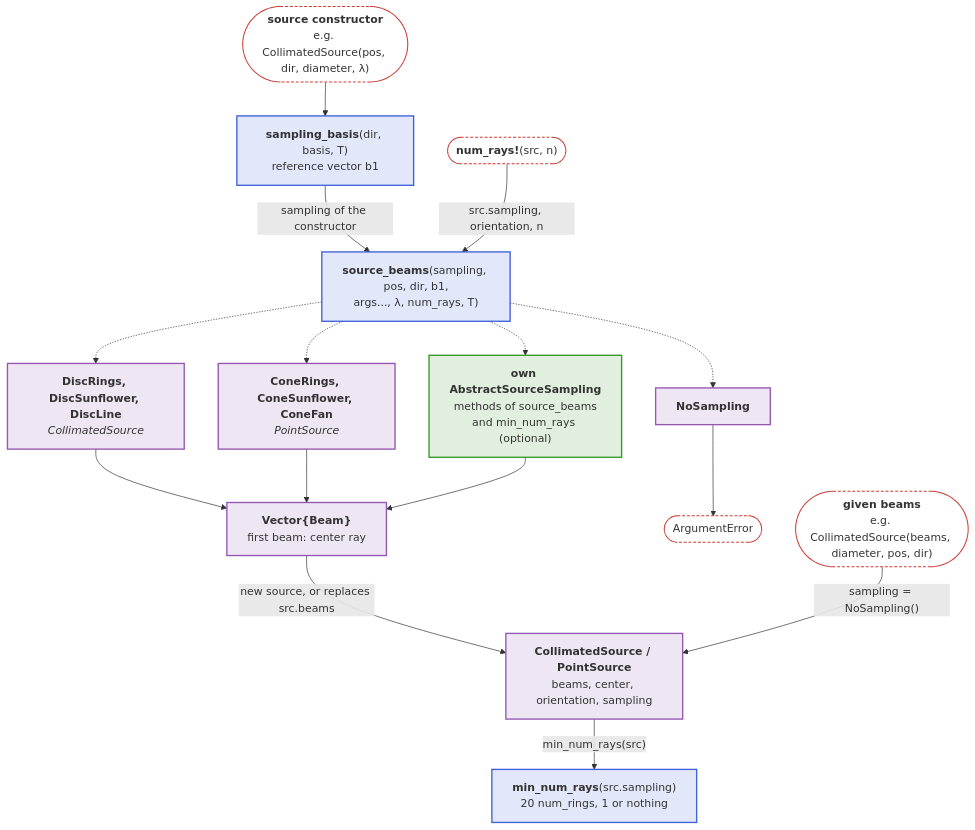
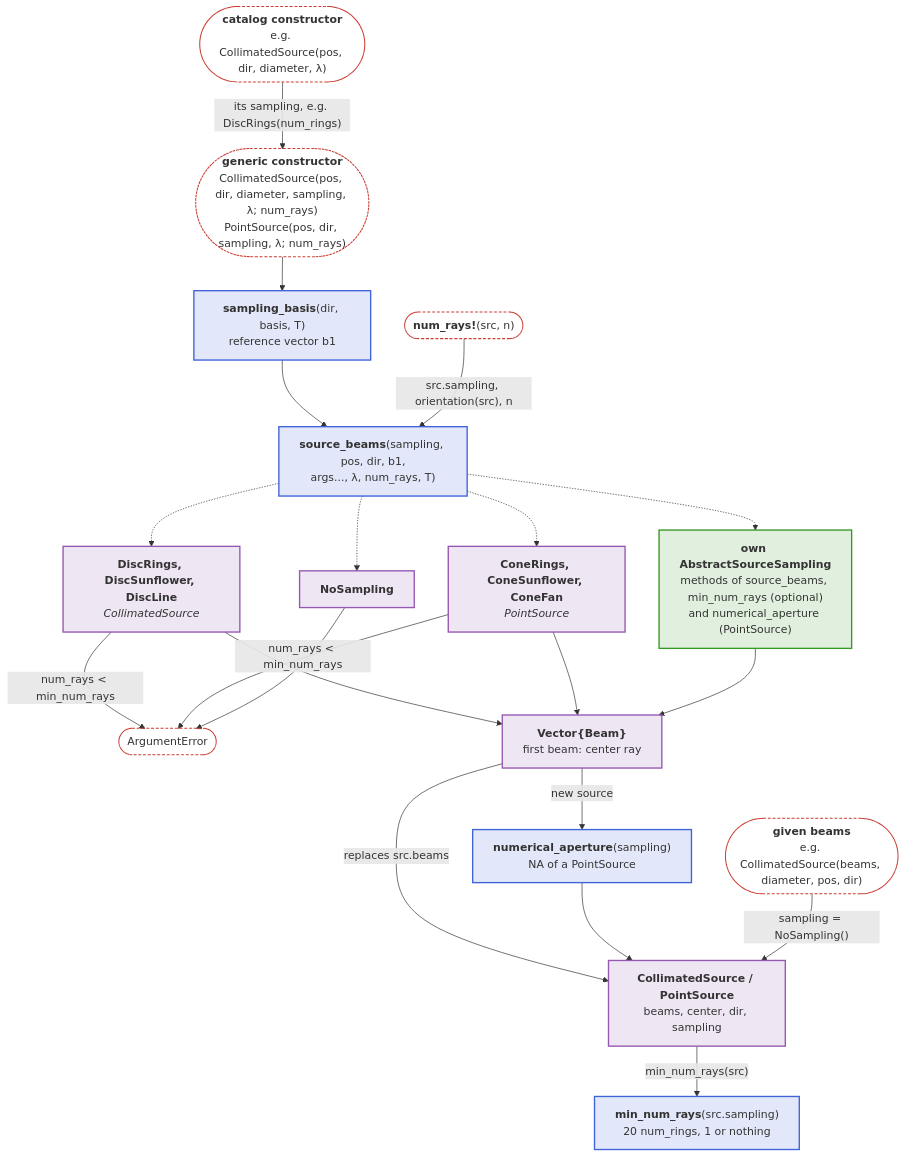
The first of 2 diagrams in docs/src/basics/beams/beam_groups.md (JuliaPhysics/BeamletOptics.jl), drawn with Mermaid before and after one commit. The commit also changed other lines of this file and 21 other files, not shown here.

````diff
--- a/docs/src/basics/beams/beam_groups.md
+++ b/docs/src/basics/beams/beam_groups.md
@@ -91,40 +91,46 @@
 ```mermaid
 flowchart TB
-    C(["<b>source constructor</b><br/>e.g. CollimatedSource(pos, dir, diameter, λ)"])
+    C(["<b>catalog constructor</b><br/>e.g. CollimatedSource(pos, dir, diameter, λ)"])
+    GC(["<b>generic constructor</b><br/>CollimatedSource(pos, dir, diameter, sampling, λ; num_rays)<br/>PointSource(pos, dir, sampling, λ; num_rays)"])
     N(["<b>num_rays!</b>(src, n)"])
     W(["<b>given beams</b><br/>e.g. CollimatedSource(beams, diameter, pos, dir)"])
     SB["<b>sampling_basis</b>(dir, basis, T)<br/>reference vector b1"]
     SBM["<b>source_beams</b>(sampling, pos, dir, b1,<br/>args..., λ, num_rays, T)"]
     DISC["<b>DiscRings, DiscSunflower, DiscLine</b><br/><i>CollimatedSource</i>"]
     CONE["<b>ConeRings, ConeSunflower, ConeFan</b><br/><i>PointSource</i>"]
-    OWN["<b>own AbstractSourceSampling</b><br/>methods of source_beams<br/>and min_num_rays (optional)"]
+    OWN["<b>own AbstractSourceSampling</b><br/>methods of source_beams, min_num_rays (optional)<br/>and numerical_aperture (PointSource)"]
     NO["<b>NoSampling</b>"]
     ERR(["ArgumentError"])
     BM["<b>Vector{Beam}</b><br/>first beam: center ray"]
-    G["<b>CollimatedSource / PointSource</b><br/>beams, center, orientation, sampling"]
+    NA["<b>numerical_aperture</b>(sampling)<br/>NA of a PointSource"]
+    G["<b>CollimatedSource / PointSource</b><br/>beams, center, dir, sampling"]
     MIN["<b>min_num_rays</b>(src.sampling)<br/>20 num_rings, 1 or nothing"]
 
-    C --> SB
-    SB -- "sampling of the constructor" --> SBM
-    N -- "src.sampling, orientation, n" --> SBM
+    C -- "its sampling, e.g. DiscRings(num_rings)" --> GC
+    GC --> SB
+    SB --> SBM
+    N -- "src.sampling, orientation(src), n" --> SBM
     SBM -.-> DISC
     SBM -.-> CONE
     SBM -.-> OWN
     SBM -.-> NO
     DISC --> BM
     CONE --> BM
     OWN --> BM
+    DISC -- "num_rays < min_num_rays" --> ERR
+    CONE -- "num_rays < min_num_rays" --> ERR
     NO --> ERR
-    BM -- "new source, or replaces src.beams" --> G
+    BM -- "replaces src.beams" --> G
+    BM -- "new source" --> NA --> G
     W -- "sampling = NoSampling()" --> G
     G -- "min_num_rays(src)" --> MIN
 
     classDef blue fill:#4063D826,stroke:#4063D8,stroke-width:2px
     classDef green fill:#38982626,stroke:#389826,stroke-width:2px
     classDef purple fill:#9558B226,stroke:#9558B2,stroke-width:2px
     classDef terminal fill:transparent,stroke:#CB3C33,stroke-width:1.5px,stroke-dasharray:4 3
-    class SB,SBM,MIN blue
+    class SB,SBM,MIN,NA blue
     class OWN green
     class DISC,CONE,NO,BM,G purple
-    class C,N,W,ERR terminal
+    class C,GC,N,W,ERR terminal
 ```
````
